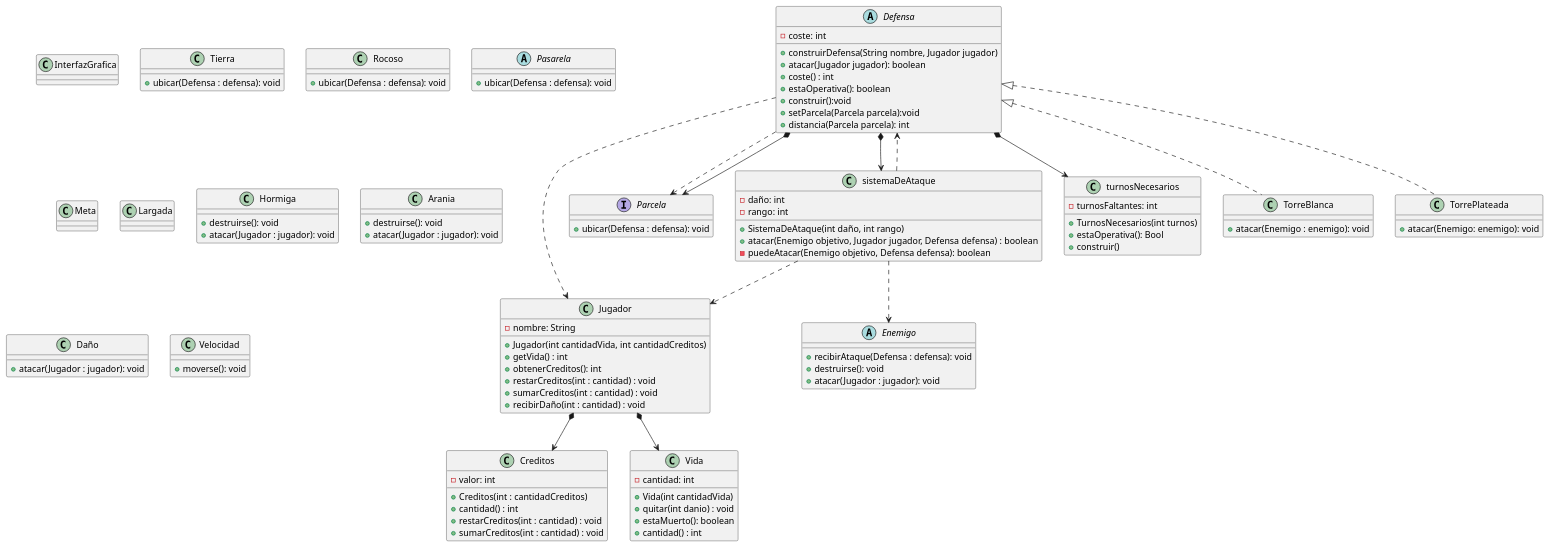
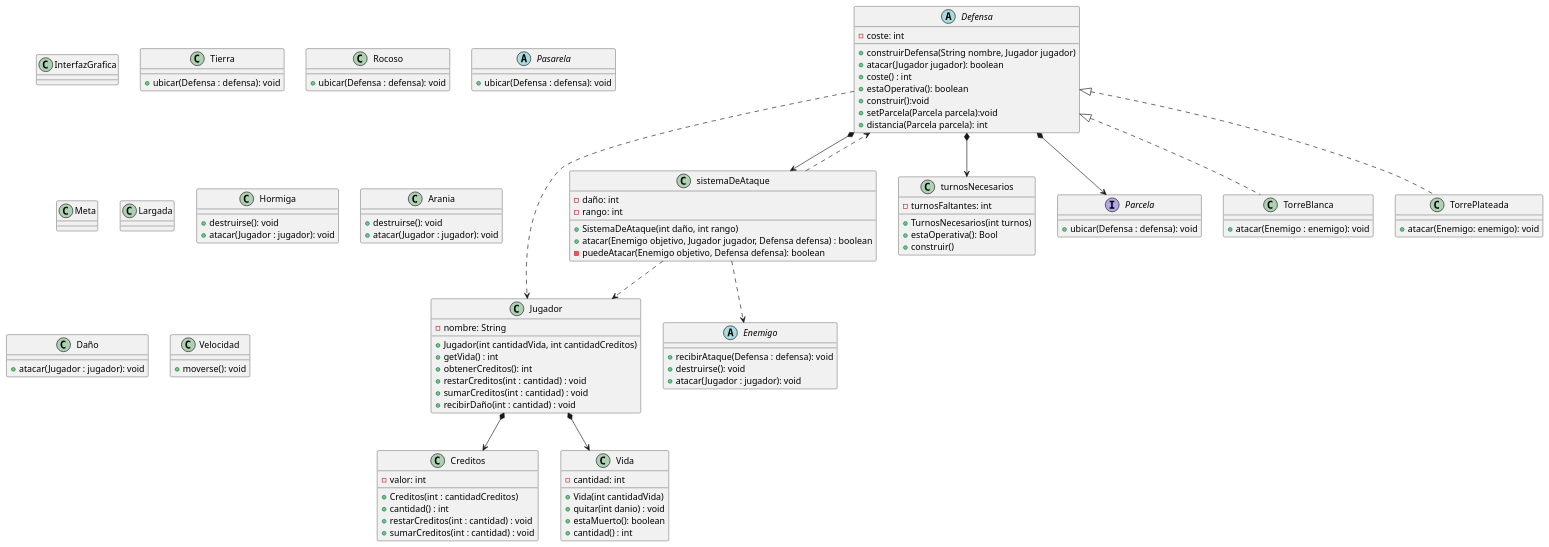
Before and after one commit to franzimbi/algo3_tp2: the diagram in diagrams/classes/diagrama_de_clase_tentativo.puml, drawn with PlantUML. The commit also changed 9 other files, not shown here.

```diff
--- a/diagrams/classes/diagrama_de_clase_tentativo.puml
+++ b/diagrams/classes/diagrama_de_clase_tentativo.puml
@@ -1,152 +1,152 @@
 @startuml
 'https://plantuml.com/class-diagram
 
 class Jugador {
     -nombre: String
     +Jugador(int cantidadVida, int cantidadCreditos)
     +getVida() : int
     +obtenerCreditos(): int
     +restarCreditos(int : cantidad) : void
     +sumarCreditos(int : cantidad) : void
     +recibirDaño(int : cantidad) : void
 
 }
 Jugador  *-->  Creditos
 Jugador  *-->  Vida
 
 class Creditos {
     -valor: int
     +Creditos(int : cantidadCreditos)
     + cantidad() : int
     +restarCreditos(int : cantidad) : void
     +sumarCreditos(int : cantidad) : void
 }
 
 class Vida {
     -cantidad: int
     +Vida(int cantidadVida)
     +quitar(int danio) : void
     +estaMuerto(): boolean
     +cantidad() : int
 }
 
 abstract class Defensa {
     -coste: int
     +construirDefensa(String nombre, Jugador jugador)
     +atacar(Jugador jugador): boolean
     +coste() : int
     +estaOperativa(): boolean
     +construir():void
     +setParcela(Parcela parcela):void
     +distancia(Parcela parcela): int
 }
-Defensa ..> Parcela
+
 Defensa ..>Jugador
 Defensa *--> sistemaDeAtaque
 Defensa *--> turnosNecesarios
 Defensa *--> Parcela
 Defensa <|.. TorreBlanca
 Defensa <|.. TorrePlateada
 
 
 class sistemaDeAtaque{
     -daño: int
     -rango: int
     +SistemaDeAtaque(int daño, int rango)
     +atacar(Enemigo objetivo, Jugador jugador, Defensa defensa) : boolean
     -puedeAtacar(Enemigo objetivo, Defensa defensa): boolean
 }
 sistemaDeAtaque..>Enemigo
 sistemaDeAtaque..>Jugador
 sistemaDeAtaque..>Defensa
 
 class turnosNecesarios{
     -turnosFaltantes: int
     +TurnosNecesarios(int turnos)
     +estaOperativa(): Bool
     +construir()
 }
 
 class TorreBlanca{
     +atacar(Enemigo : enemigo): void
 }
 
 class TorrePlateada{
     +atacar(Enemigo: enemigo): void
 }
 
 
 interface Parcela {
     +ubicar(Defensa : defensa): void
 }
 
 class InterfazGrafica {}
 
 class Tierra {
     +ubicar(Defensa : defensa): void
 }
 
 class Rocoso {
     +ubicar(Defensa : defensa): void
 }
 
 abstract class Pasarela {
     +ubicar(Defensa : defensa): void
 }
 
 class Meta {}
 class Largada {}
 
 abstract class Enemigo {
     +recibirAtaque(Defensa : defensa): void
     +destruirse(): void
     +atacar(Jugador : jugador): void
 }
 
 class Hormiga {
     +destruirse(): void
     +atacar(Jugador : jugador): void
 }
 
 class Arania {
     +destruirse(): void
     +atacar(Jugador : jugador): void
 }
 
 class Daño {
     +atacar(Jugador : jugador): void
 }
 
 class Velocidad {
     +moverse(): void
 }
 
 /'
 Jugador  *--> "0..*" Defensa
 
 Defensa <|--- TorreBlanca
 Defensa <|--- TorrePlateada
 Defensa <..> Enemigo
 Defensa *--> turnosNecesarios
 
 Parcela o--> Defensa
 Parcela "1..*" <--*  InterfazGrafica
 Parcela <|.. Tierra
 Parcela <|.. Rocoso
 Parcela <|.. Pasarela
 
 Pasarela <|-- Meta
 Pasarela <|-- Largada
 
 Enemigo <|-- Hormiga
 Enemigo <|-- Arania
 Enemigo *--> Daño
 Enemigo *--> Velocidad
 Enemigo ..> Jugador
 Enemigo *--> Vida
 Enemigo <--o Parcela'/
 
 
 
 
 @enduml
```
